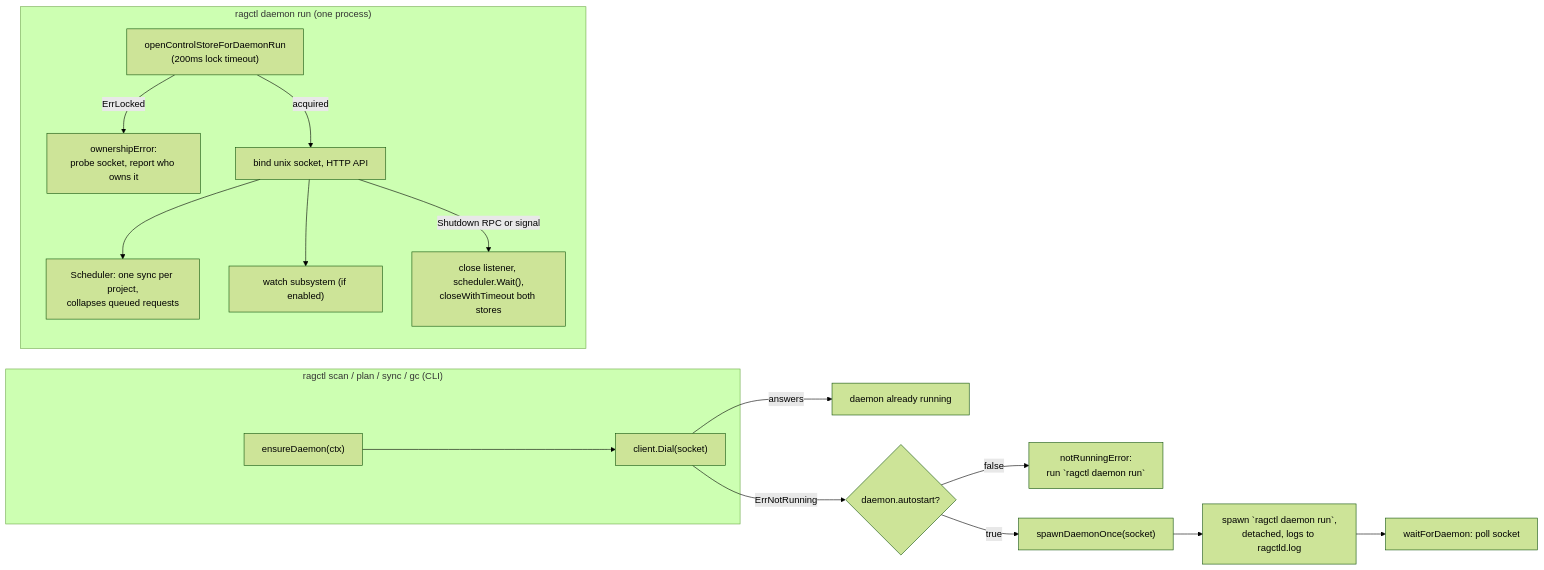
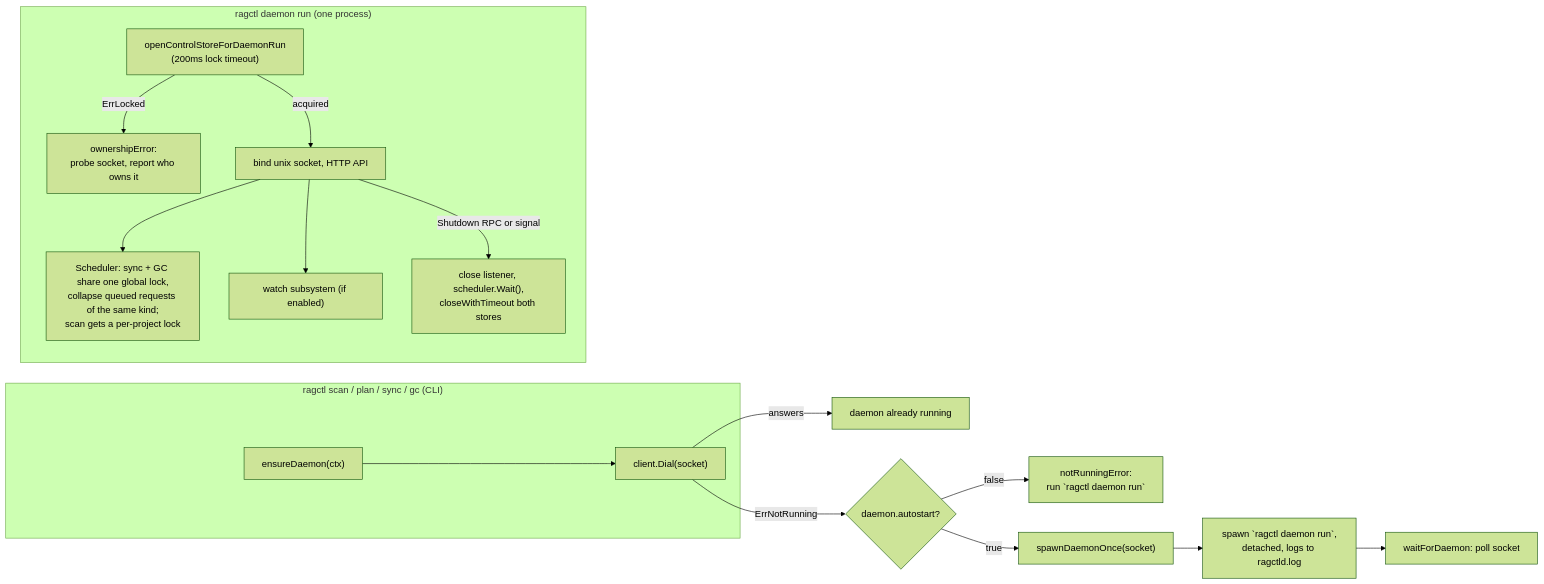
Before and after one commit to aleutian-ai/depctl: the second of 12 diagrams in docs/architecture.md, drawn with Mermaid (forest theme). The commit also changed other lines of this file and 12 other files, not shown here.

````diff
--- a/docs/architecture.md
+++ b/docs/architecture.md
@@ -98,20 +98,20 @@
 ```mermaid
 flowchart LR
     subgraph client["ragctl scan / plan / sync / gc (CLI)"]
         C1["ensureDaemon(ctx)"] --> C2["client.Dial(socket)"]
     end
     C2 -->|answers| D0["daemon already running"]
     C2 -->|ErrNotRunning| C3{"daemon.autostart?"}
     C3 -->|false| C4["notRunningError:<br/>run `ragctl daemon run`"]
     C3 -->|true| C5["spawnDaemonOnce(socket)"]
     C5 --> C6["spawn `ragctl daemon run`,<br/>detached, logs to ragctld.log"]
     C6 --> C7["waitForDaemon: poll socket"]
 
     subgraph daemon["ragctl daemon run (one process)"]
         S1["openControlStoreForDaemonRun<br/>(200ms lock timeout)"] -->|ErrLocked| S2["ownershipError:<br/>probe socket, report who owns it"]
         S1 -->|acquired| S3["bind unix socket, HTTP API"]
-        S3 --> S4["Scheduler: one sync per project,<br/>collapses queued requests"]
+        S3 --> S4["Scheduler: sync + GC share one global lock,<br/>collapse queued requests of the same kind;<br/>scan gets a per-project lock"]
         S3 --> S5["watch subsystem (if enabled)"]
         S3 -->|Shutdown RPC or signal| S6["close listener, scheduler.Wait(),<br/>closeWithTimeout both stores"]
     end
 ```
````
